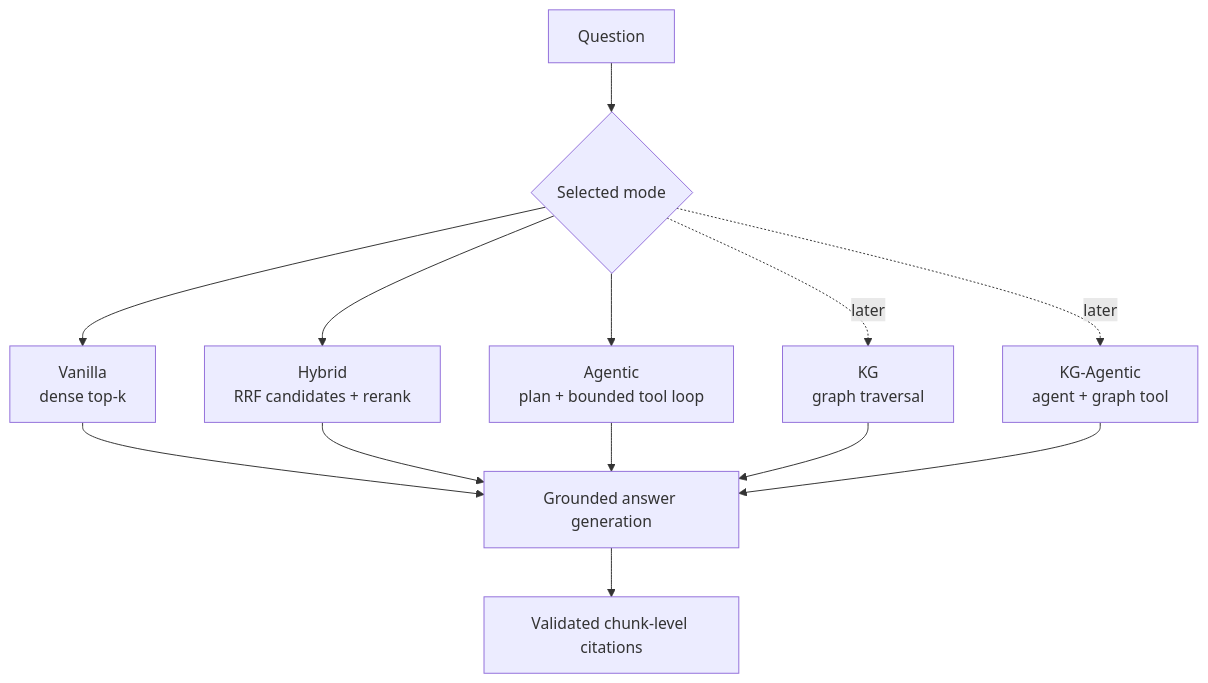
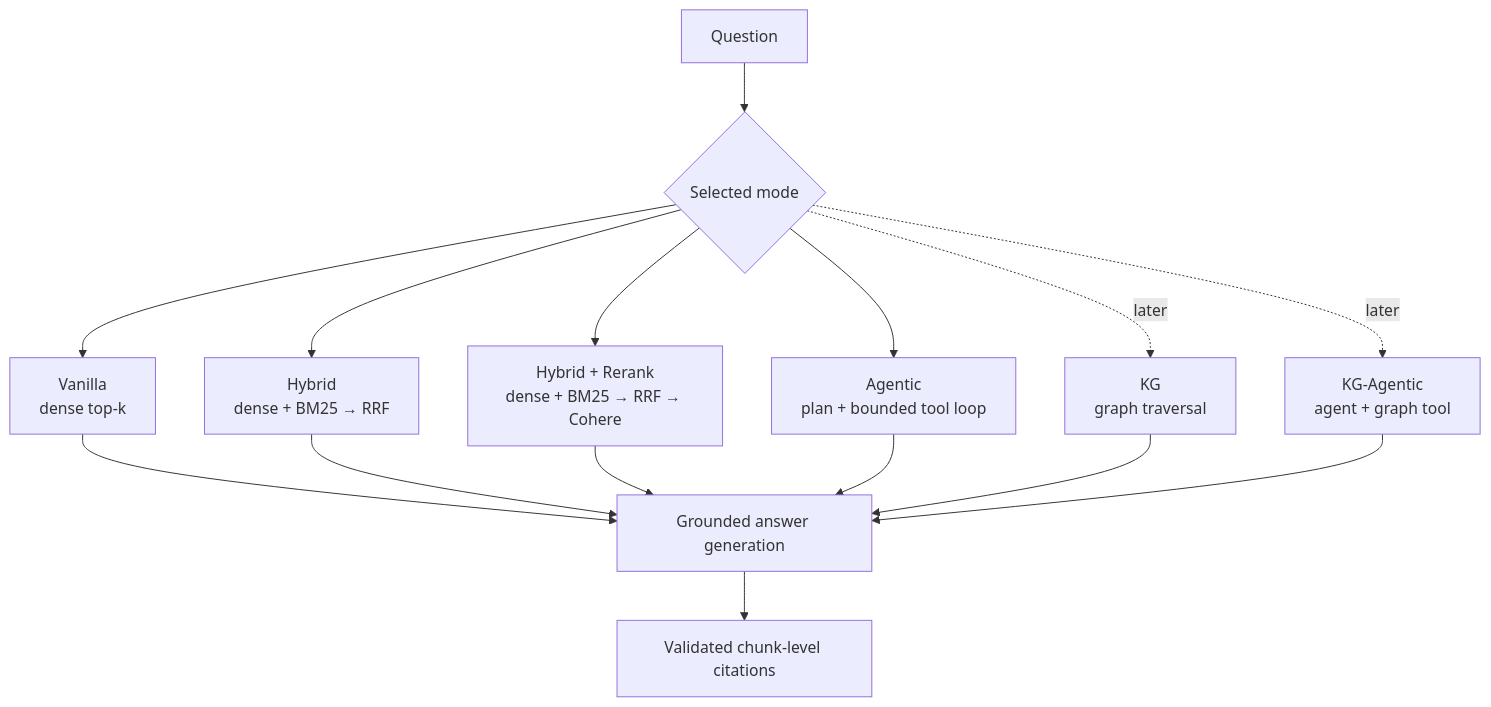
Before and after one commit to pdemeulenaer/rag-demo: the diagram in docs/architecture/rag-modes.md, drawn with Mermaid. The commit also changed other lines of this file and 46 other files, not shown here.

````diff
--- a/docs/architecture/rag-modes.md
+++ b/docs/architecture/rag-modes.md
@@ -22,15 +23,17 @@
 ```mermaid
 flowchart TB
     Q[Question] --> M{Selected mode}
     M --> V[Vanilla<br/>dense top-k]
-    M --> H[Hybrid<br/>RRF candidates + rerank]
+    M --> H[Hybrid<br/>dense + BM25 → RRF]
+    M --> HR[Hybrid + Rerank<br/>dense + BM25 → RRF → Cohere]
     M --> A[Agentic<br/>plan + bounded tool loop]
     M -. later .-> K[KG<br/>graph traversal]
     M -. later .-> KA[KG-Agentic<br/>agent + graph tool]
     V --> G[Grounded answer generation]
     H --> G
+    HR --> G
     A --> G
     K --> G
     KA --> G
     G --> C[Validated chunk-level citations]
 ```
````
